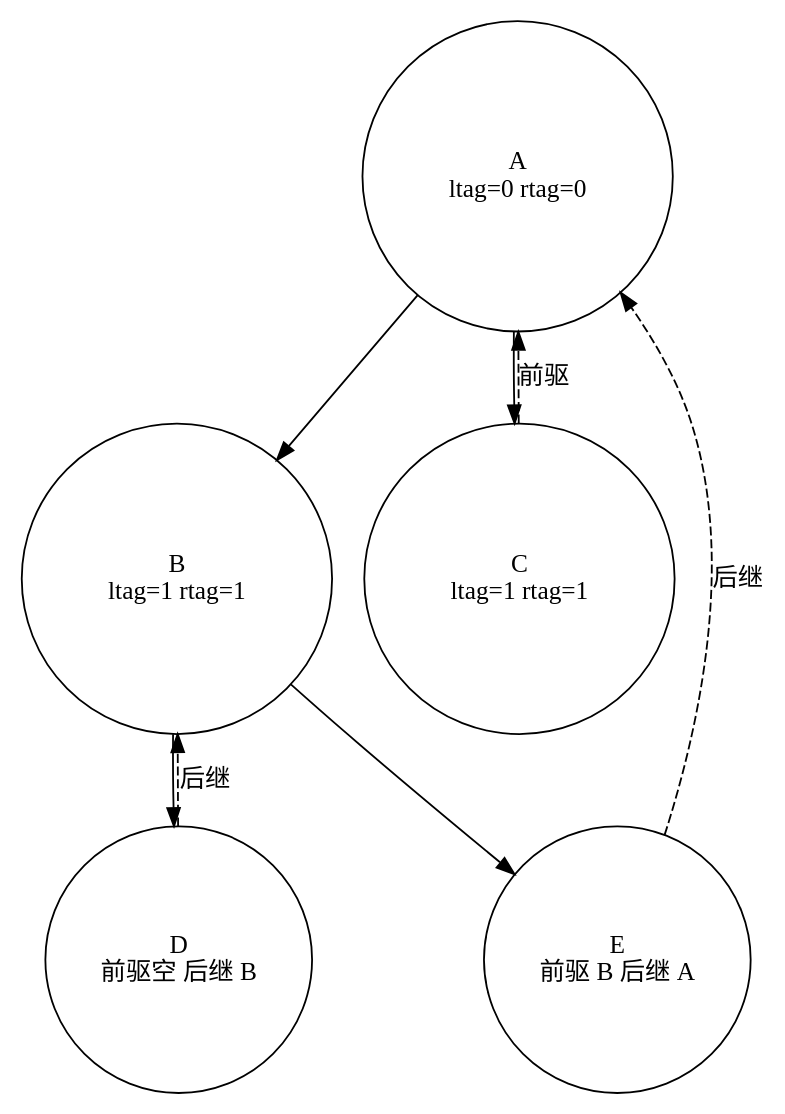
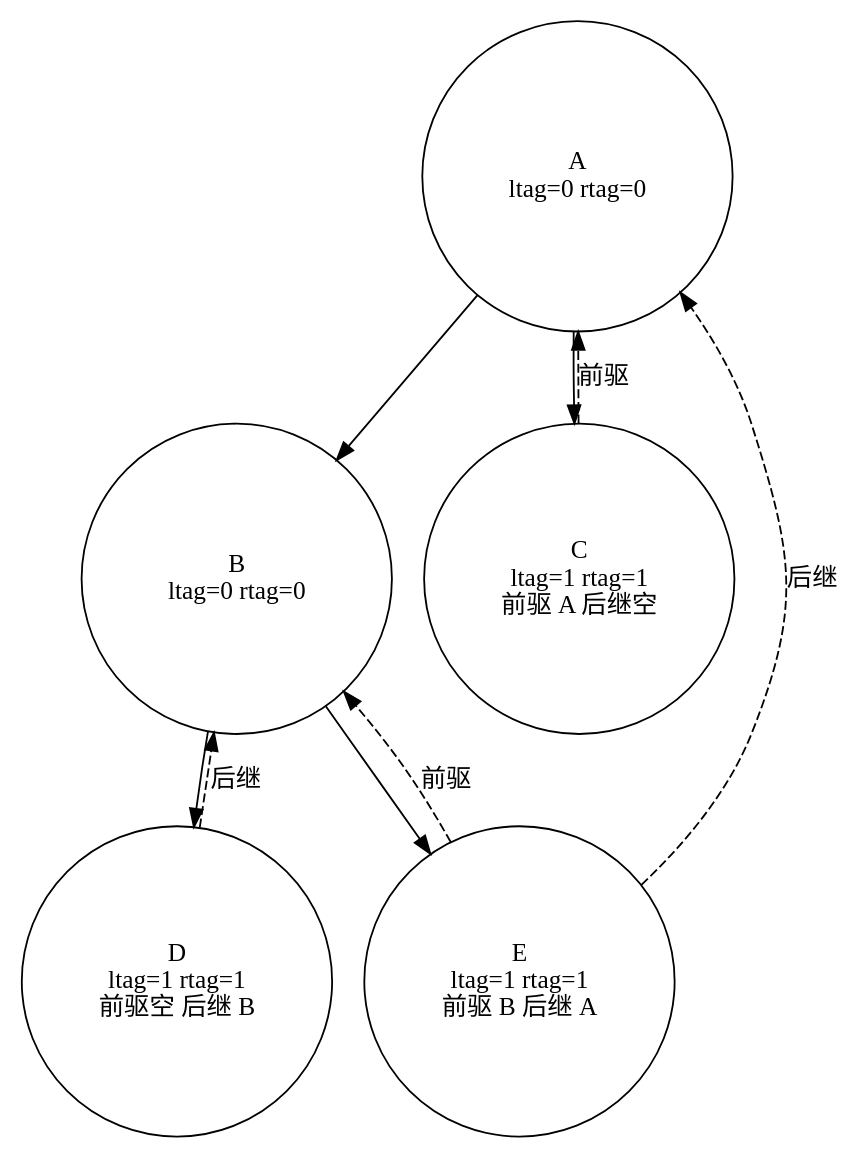
One commit to AzenAnn/DSA-Mastery changed the third of 7 diagrams in content/chapter-04-tree/04-threaded-binary-tree.md. Above: the diagram before and after it, drawn with Graphviz. The commit also changed other lines of this file and 2 other files, not shown here.

````diff
--- a/content/chapter-04-tree/04-threaded-binary-tree.md
+++ b/content/chapter-04-tree/04-threaded-binary-tree.md
@@ -148,16 +159,17 @@
 ```graphviz
 digraph ThreadedTreeDiagram {
   rankdir=TB;
   node [shape=circle];
   A [label="A\nltag=0 rtag=0"];
-  B [label="B\nltag=1 rtag=1"];
-  C [label="C\nltag=1 rtag=1"];
-  D [label="D\n前驱空 后继 B"];
-  E [label="E\n前驱 B 后继 A"];
+  B [label="B\nltag=0 rtag=0"];
+  C [label="C\nltag=1 rtag=1\n前驱 A 后继空"];
+  D [label="D\nltag=1 rtag=1\n前驱空 后继 B"];
+  E [label="E\nltag=1 rtag=1\n前驱 B 后继 A"];
   A -> {B C};
   B -> {D E};
   D -> B [style=dashed, label="后继"];
   E -> A [style=dashed, label="后继"];
+  E -> B [style=dashed, label="前驱"];
   C -> A [style=dashed, label="前驱"];
 }
 ```
````
